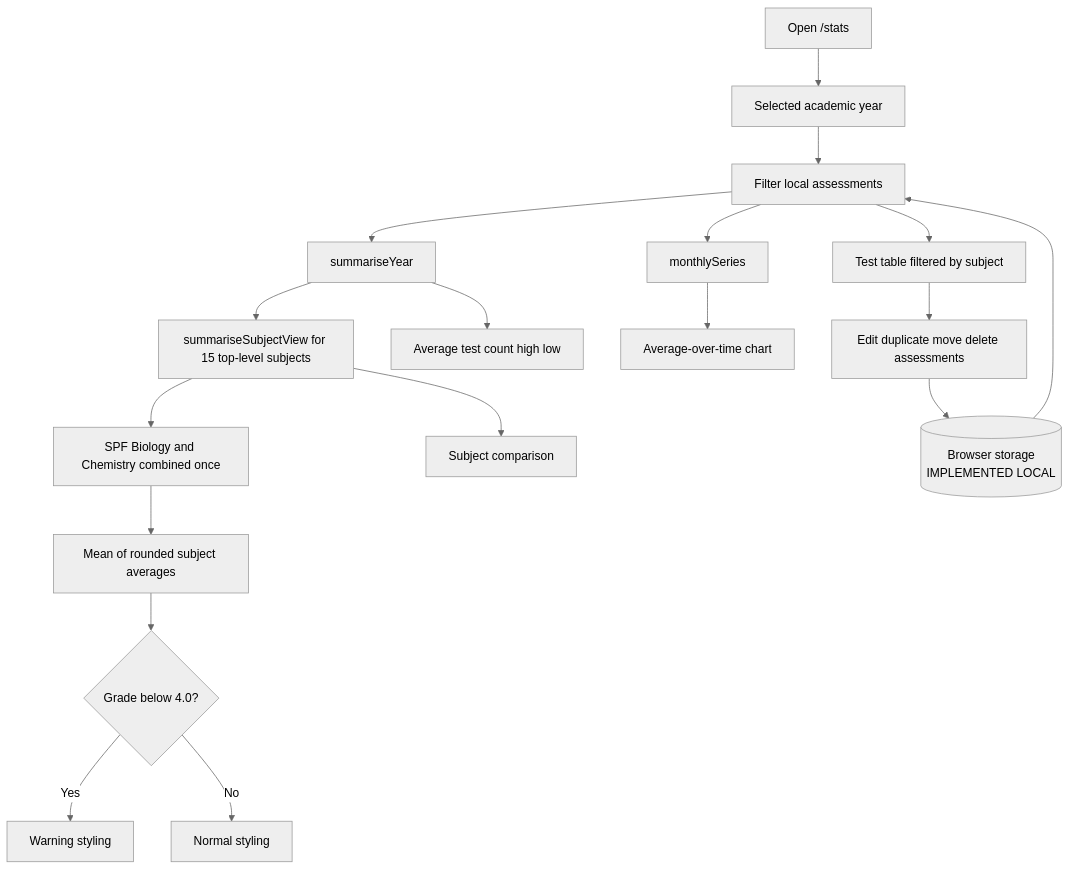
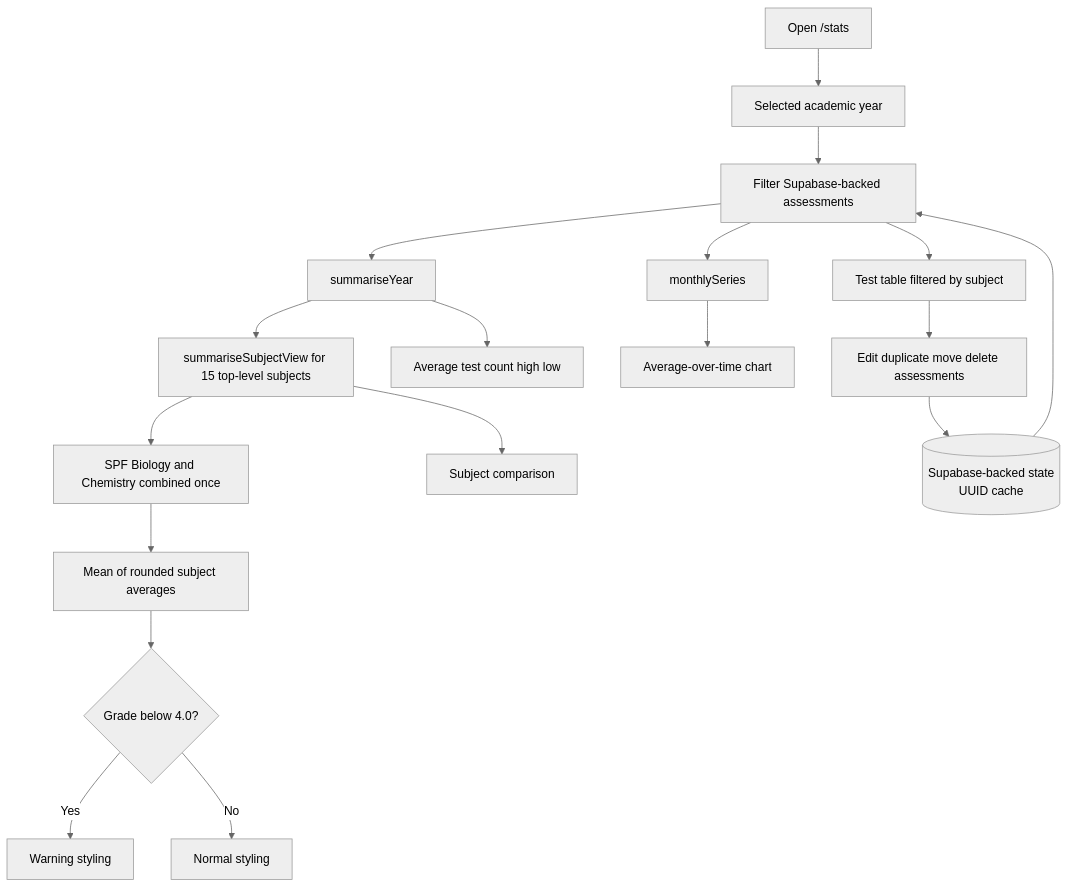
Diagram 13 of 15 in lovabledocs/FULL_APP_WIREFRAMES.md (keyshavmor/study-swiss-star), drawn with Mermaid (neutral theme) before and after one commit. The commit also changed other lines of this file and 118 other files, not shown here.

````diff
--- a/lovabledocs/FULL_APP_WIREFRAMES.md
+++ b/lovabledocs/FULL_APP_WIREFRAMES.md
@@ -394,20 +392,20 @@
 ```mermaid
 flowchart TD
   Open[Open /stats] --> Year[Selected academic year]
-  Year --> Filter[Filter local assessments]
+  Year --> Filter[Filter Supabase-backed assessments]
   Filter --> Summary[summariseYear]
   Filter --> Monthly[monthlySeries]
   Filter --> Rows[Test table filtered by subject]
   Summary --> Subjects[summariseSubjectView for 15 top-level subjects]
   Subjects --> SPF[SPF Biology and Chemistry combined once]
   SPF --> YearAverage[Mean of rounded subject averages]
   Summary --> KPI[Average test count high low]
   Monthly --> Trend[Average-over-time chart]
   Subjects --> Compare[Subject comparison]
   Rows --> CRUD[Edit duplicate move delete assessments]
-  CRUD --> Store[(Browser storage\nIMPLEMENTED LOCAL)]
+  CRUD --> Store[(Supabase-backed state\nUUID cache)]
   Store --> Filter
   YearAverage --> Failing{Grade below 4.0?}
   Failing -->|Yes| Orange[Warning styling]
   Failing -->|No| Standard[Normal styling]
 ```
````
